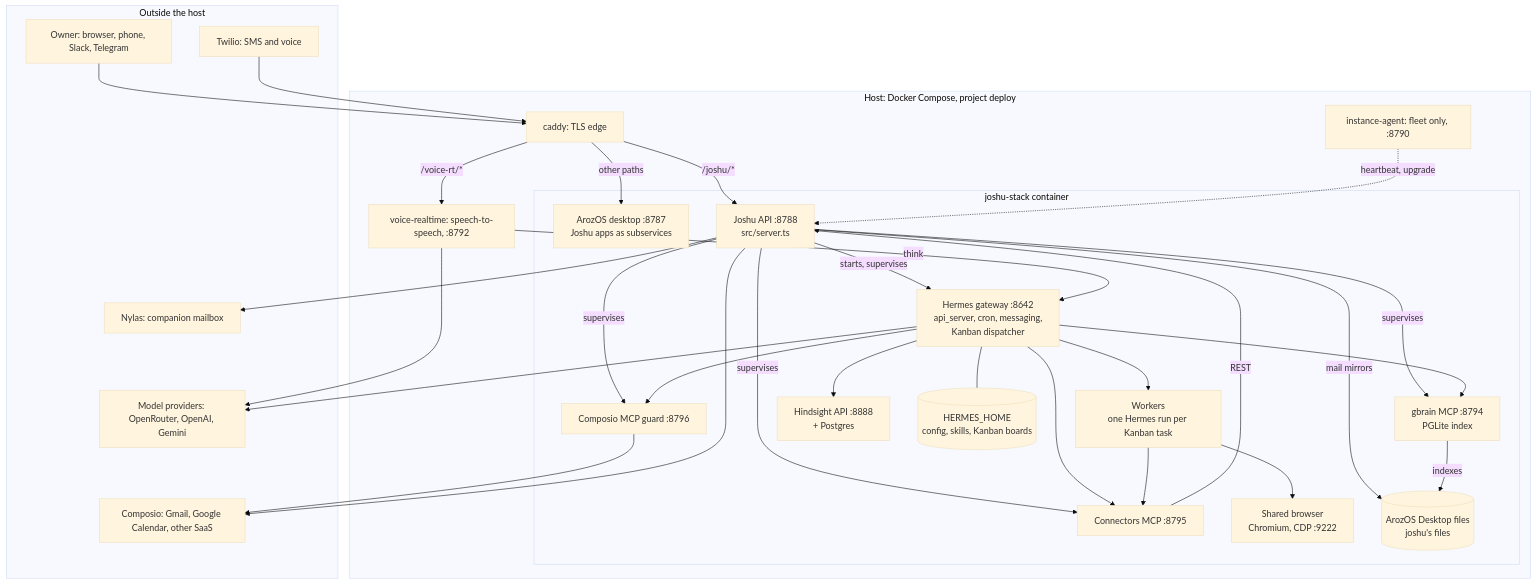
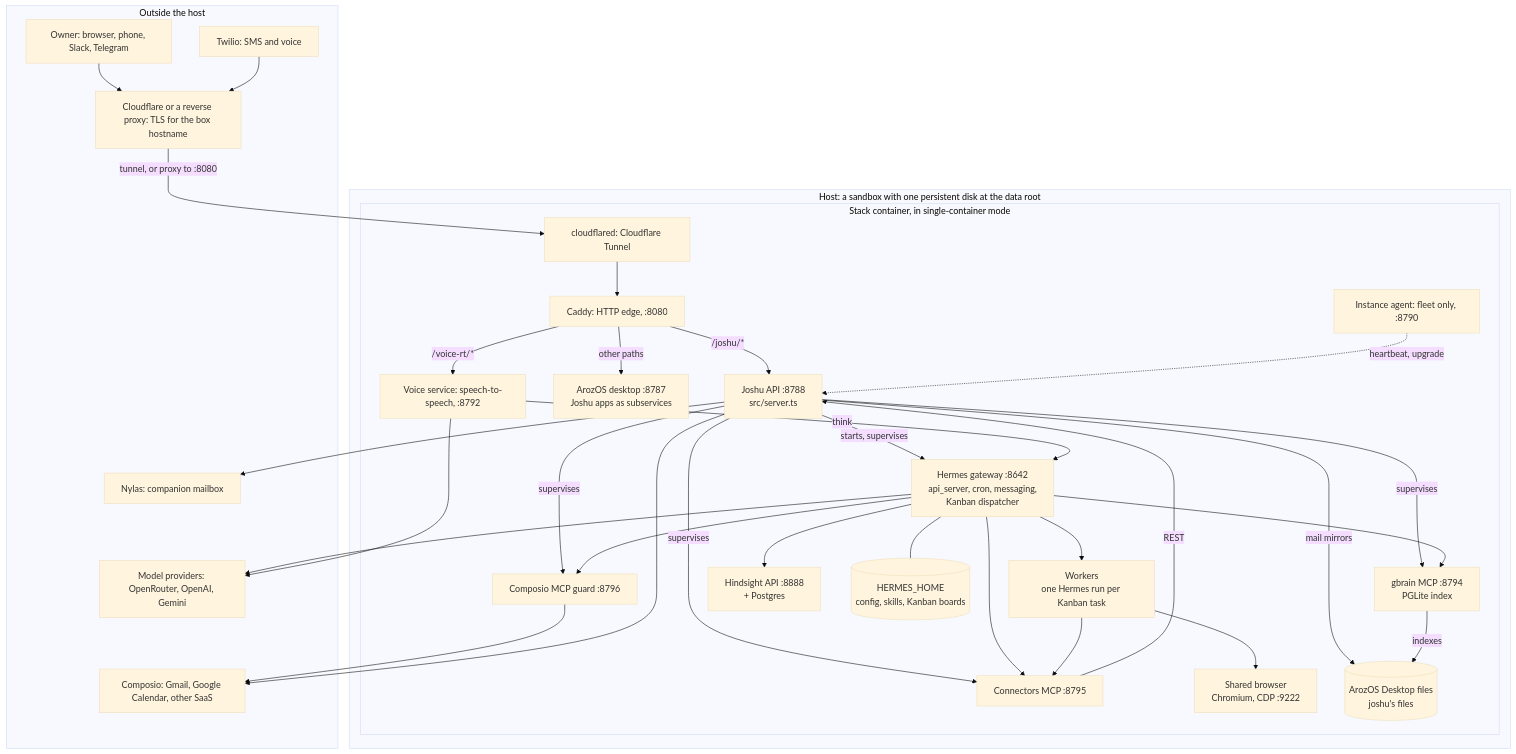
One commit to db-aeon/joshu-oss changed the diagram in docs/technical-reference/system-overview.md. Above: the diagram before and after it, drawn with Mermaid (base theme). The commit also changed other lines of this file and 210 other files, not shown here.

First line of the commit message:
Release OSS 0.1.68: single-container mode, Docker Compose deprecated.

````diff
--- a/docs/technical-reference/system-overview.md
+++ b/docs/technical-reference/system-overview.md
@@ -22,58 +22,61 @@
 ```mermaid
 flowchart TB
   subgraph outside ["Outside the host"]
     ownerDev["Owner: browser, phone, Slack, Telegram"]
     twilio["Twilio: SMS and voice"]
     models["Model providers: OpenRouter, OpenAI, Gemini"]
     composio["Composio: Gmail, Google Calendar, other SaaS"]
     nylas["Nylas: companion mailbox"]
+    edge["Cloudflare or a reverse proxy: TLS for the box hostname"]
   end
 
-  subgraph host ["Host: Docker Compose, project deploy"]
-    caddy["caddy: TLS edge"]
-    voice["voice-realtime: speech-to-speech, :8792"]
-    agent["instance-agent: fleet only, :8790"]
-
-    subgraph stack ["joshu-stack container"]
+  subgraph host ["Host: a sandbox with one persistent disk at the data root"]
+    subgraph stack ["Stack container, in single-container mode"]
+      tunnel["cloudflared: Cloudflare Tunnel"]
+      caddy["Caddy: HTTP edge, :8080"]
+      voice["Voice service: speech-to-speech, :8792"]
+      agent["Instance agent: fleet only, :8790"]
       aroz["ArozOS desktop :8787<br/>Joshu apps as subservices"]
       api["Joshu API :8788<br/>src/server.ts"]
       gw["Hermes gateway :8642<br/>api_server, cron, messaging,<br/>Kanban dispatcher"]
       workers["Workers<br/>one Hermes run per Kanban task"]
       conn["Connectors MCP :8795"]
       guard["Composio MCP guard :8796"]
       gbrain["gbrain MCP :8794<br/>PGLite index"]
       hind["Hindsight API :8888<br/>+ Postgres"]
       browser["Shared browser<br/>Chromium, CDP :9222"]
       files[("ArozOS Desktop files<br/>joshu's files")]
       hhome[("HERMES_HOME<br/>config, skills, Kanban boards")]
     end
   end
 
-  ownerDev --> caddy
-  twilio --> caddy
+  ownerDev --> edge
+  twilio --> edge
+  edge -->|"tunnel, or proxy to :8080"| tunnel
+  tunnel --> caddy
   caddy -->|"/joshu/*"| api
   caddy -->|"/voice-rt/*"| voice
   caddy -->|other paths| aroz
   api -->|starts, supervises| gw
   api -->|supervises| conn
   api -->|supervises| gbrain
   api -->|supervises| guard
   gw --> workers
   gw --> hind
   gw --> conn
   gw --> gbrain
   gw --> guard
   workers --> conn
   workers --> browser
   conn -->|REST| api
   guard --> composio
   api --> composio
   api --> nylas
   api -->|mail mirrors| files
   gbrain -->|indexes| files
   voice -->|think| gw
   gw --> models
   voice --> models
   gw --- hhome
   agent -.->|heartbeat, upgrade| api
 ```
````
